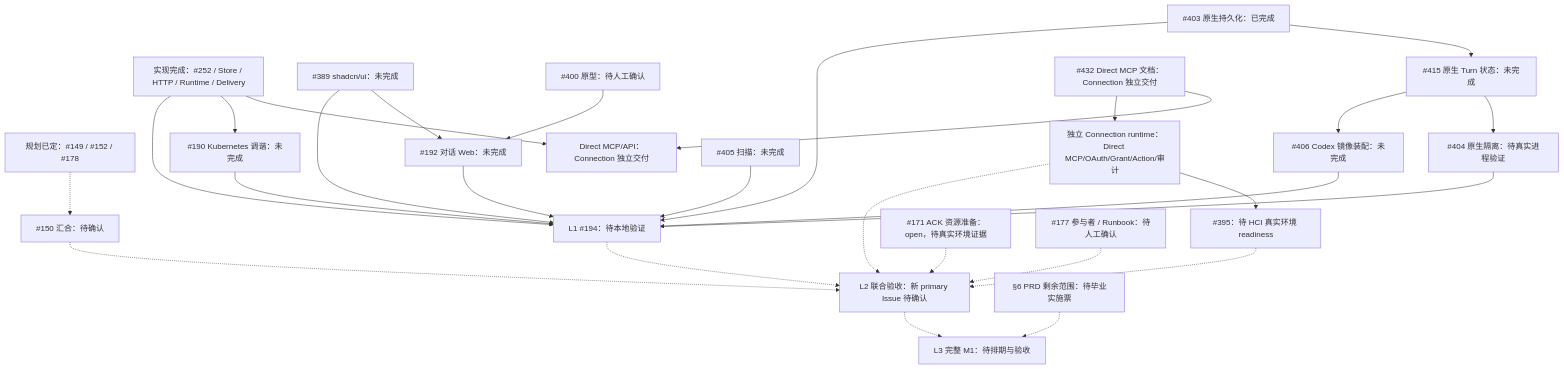
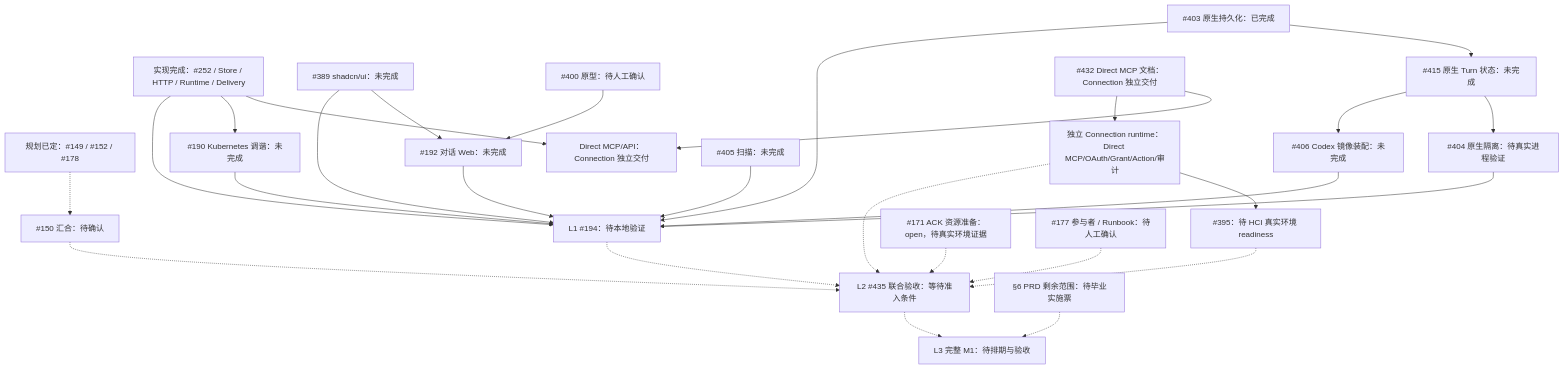
One commit to AgoraIO-Extensions/agent-infra changed the diagram in docs/architecture/PLAN-M1-delivery-convergence.md. Above: the diagram before and after it, drawn with Mermaid. The commit also changed other lines of this file and 1 other file, not shown here.

````diff
--- a/docs/architecture/PLAN-M1-delivery-convergence.md
+++ b/docs/architecture/PLAN-M1-delivery-convergence.md
@@ -46,30 +46,30 @@
 ```mermaid
 flowchart TB
     D["规划已定：#149 / #152 / #178"] -.-> PLAN["#150 汇合：待确认"]
     BASE["实现完成：#252 / Store / HTTP / Runtime / Delivery"] --> DIRECT["Direct MCP/API：Connection 独立交付"]
     BASE --> K["#190 Kubernetes 调谐：未完成"]
     UI["#389 shadcn/ui：未完成"] --> W["#192 对话 Web：未完成"]
     DESIGN["#400 原型：待人工确认"] --> W
     PERSIST["#403 原生持久化：已完成"] --> STATUS["#415 原生 Turn 状态：未完成"]
     STATUS --> ISO["#404 原生隔离：待真实进程验证"]
     STATUS --> BOOT["#406 Codex 镜像装配：未完成"]
     SCAN["#405 扫描：未完成"] --> LOCAL["L1 #194：待本地验证"]
     BASE --> LOCAL
     K --> LOCAL
     W --> LOCAL
     UI --> LOCAL
     PERSIST --> LOCAL
     ISO --> LOCAL
     BOOT --> LOCAL
     DOC["#432 Direct MCP 文档：Connection 独立交付"] --> DIRECT
     CONN["独立 Connection runtime：Direct MCP/OAuth/Grant/Action/审计"] --> READY["#395：待 HCI 真实环境 readiness"]
     DOC --> CONN
     CONN -.-> PILOT
-    LOCAL -.-> PILOT["L2 联合验收：新 primary Issue 待确认"]
+    LOCAL -.-> PILOT["L2 #435 联合验收：等待准入条件"]
     READY -.-> PILOT
     ACK["#171 ACK 资源准备：open，待真实环境证据"] -.-> PILOT
     OPS["#177 参与者 / Runbook：待人工确认"] -.-> PILOT
     PLAN -.-> PILOT
     PILOT -.-> FULL["L3 完整 M1：待排期与验收"]
     REST["§6 PRD 剩余范围：待毕业实施票"] -.-> FULL
 ```
````
